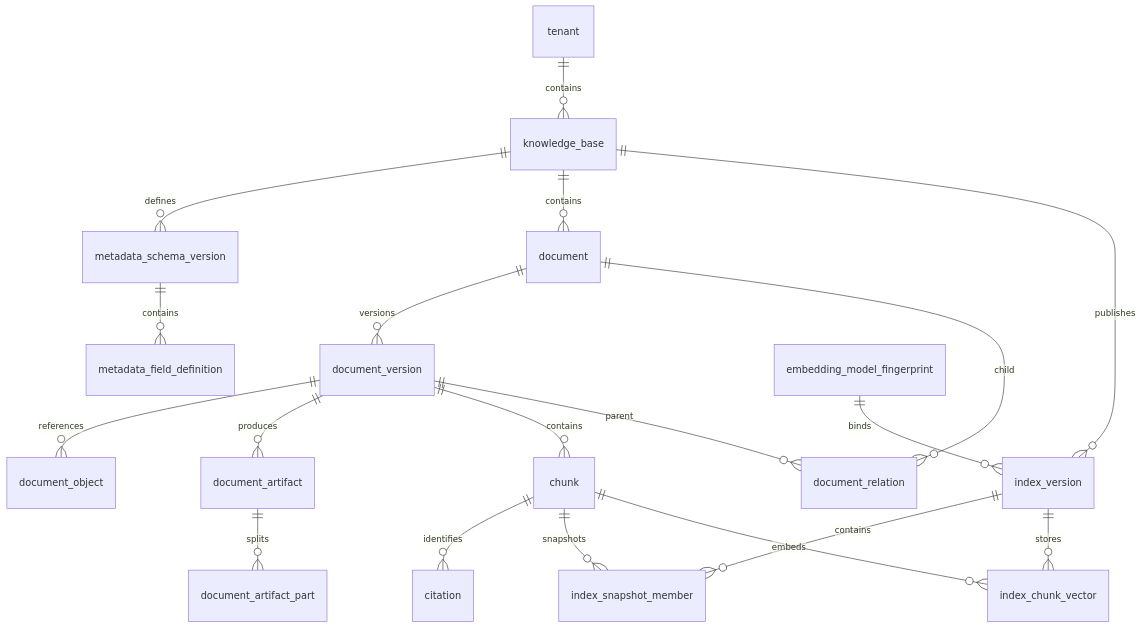
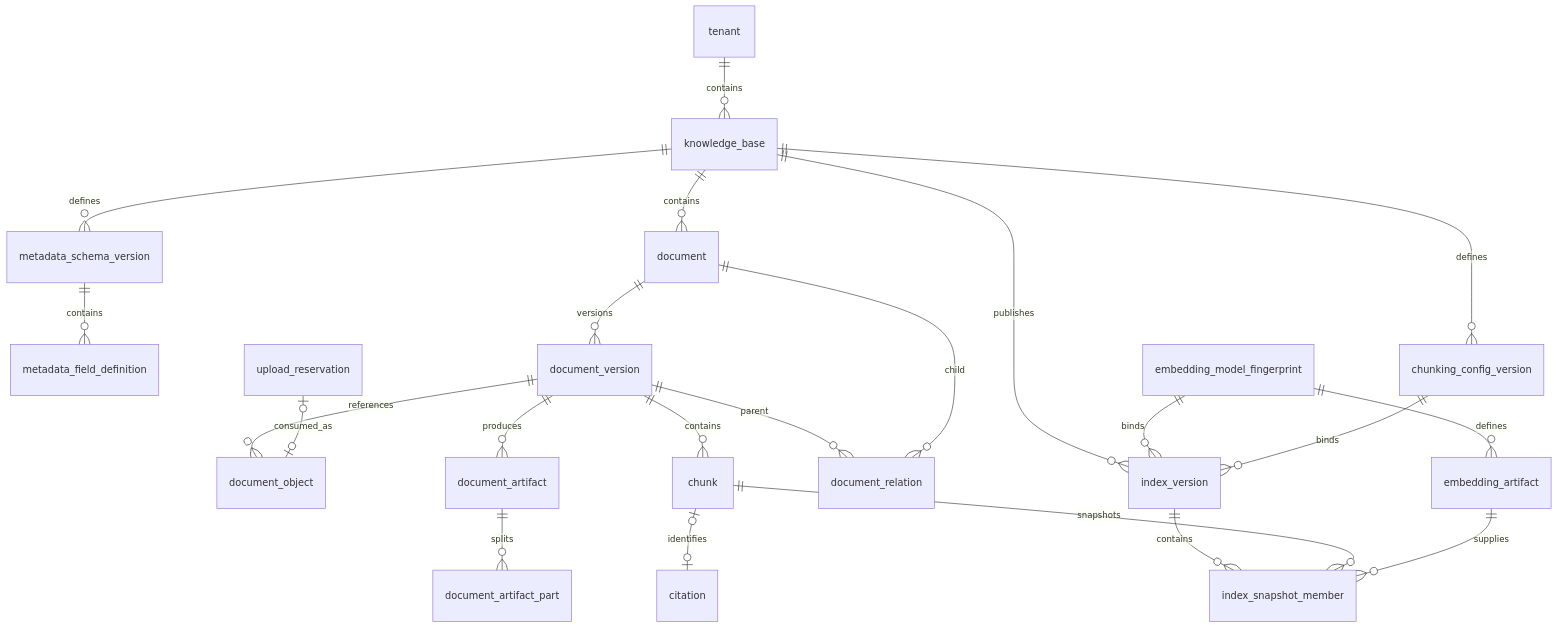
Before and after one commit to nocodig/rag_base: the second of 3 diagrams in doc/04-RAG知识库平台数据库设计说明书.md, drawn with Mermaid. The commit also changed other lines of this file and 5 other files, not shown here.

```diff
--- a/doc/04-RAG知识库平台数据库设计说明书.md
+++ b/doc/04-RAG知识库平台数据库设计说明书.md
@@ -123,21 +134,24 @@
 ~~~mermaid
 erDiagram
     tenant ||--o{ knowledge_base : contains
     knowledge_base ||--o{ metadata_schema_version : defines
     metadata_schema_version ||--o{ metadata_field_definition : contains
     knowledge_base ||--o{ document : contains
     document ||--o{ document_version : versions
     document_version ||--o{ document_object : references
     document_version ||--o{ document_artifact : produces
     document_artifact ||--o{ document_artifact_part : splits
     document_version ||--o{ chunk : contains
     document_version ||--o{ document_relation : parent
     document ||--o{ document_relation : child
-    chunk ||--o{ citation : identifies
+    chunk o|--o| citation : identifies
     knowledge_base ||--o{ index_version : publishes
     index_version ||--o{ index_snapshot_member : contains
     chunk ||--o{ index_snapshot_member : snapshots
     embedding_model_fingerprint ||--o{ index_version : binds
-    index_version ||--o{ index_chunk_vector : stores
-    chunk ||--o{ index_chunk_vector : embeds
+    embedding_artifact ||--o{ index_snapshot_member : supplies
+    embedding_model_fingerprint ||--o{ embedding_artifact : defines
+    knowledge_base ||--o{ chunking_config_version : defines
+    chunking_config_version ||--o{ index_version : binds
+    upload_reservation o|--o| document_object : consumed_as
 ~~~
```
